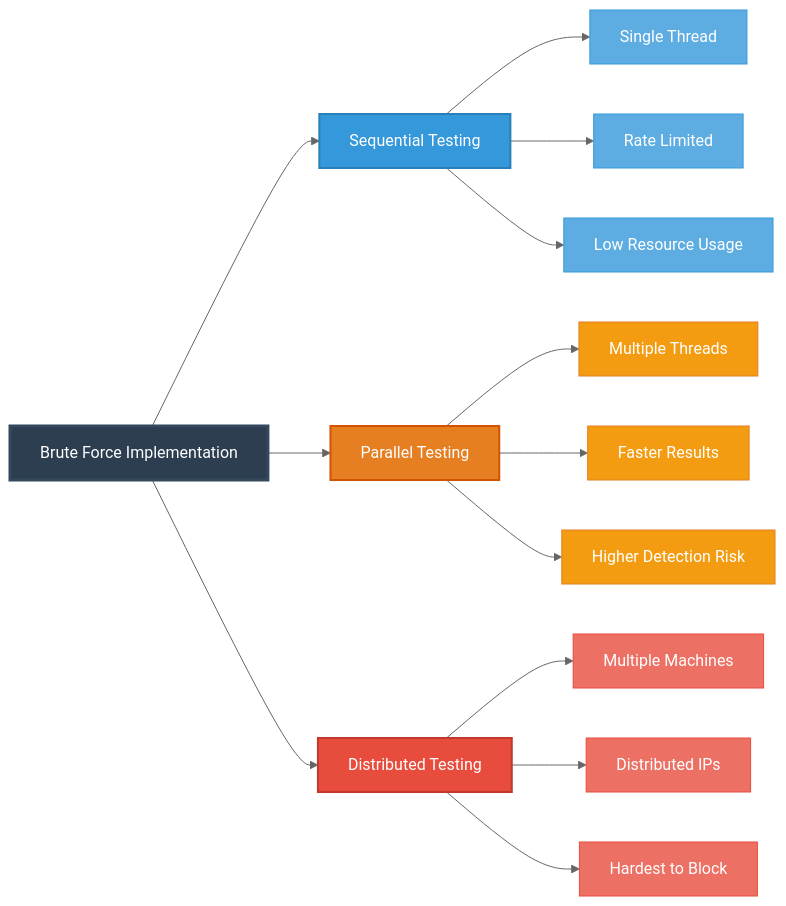
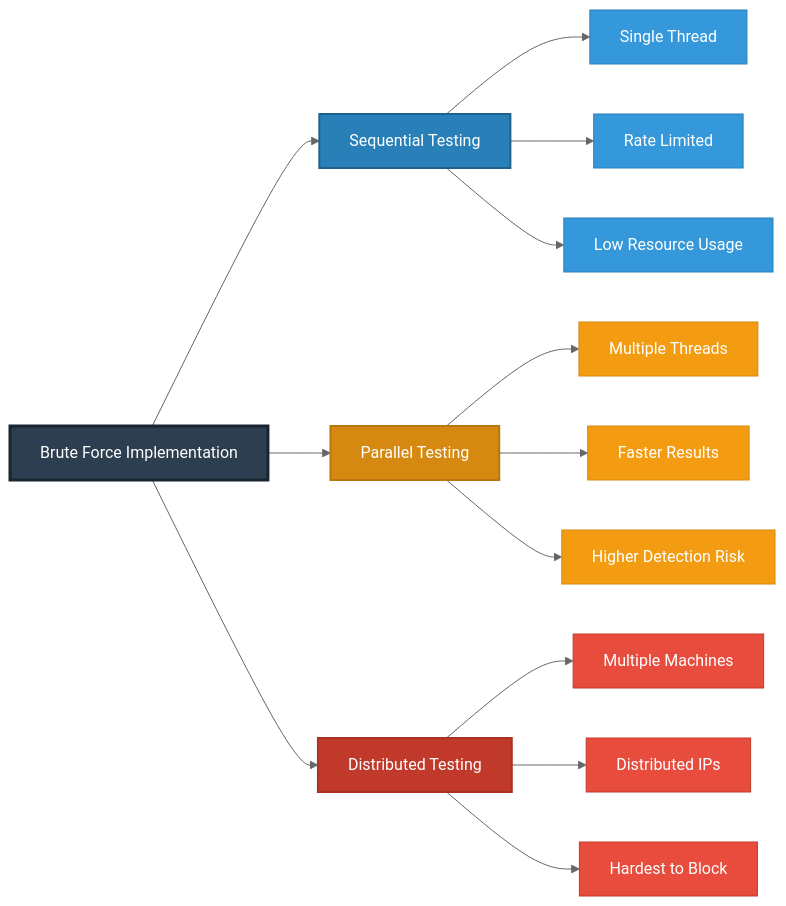
Before and after one commit to Suryanshu-Nabheet/Hack: the third of 5 diagrams in README.md, drawn with Mermaid (neutral theme). The commit also changed other lines of this file, not shown here.

````diff
--- a/README.md
+++ b/README.md
@@ -167,32 +170,32 @@
 ```mermaid
 graph LR
     A[Brute Force Implementation] --> B[Sequential Testing]
     A --> C[Parallel Testing]
     A --> D[Distributed Testing]
     
     B --> B1[Single Thread]
     B --> B2[Rate Limited]
     B --> B3[Low Resource Usage]
     
     C --> C1[Multiple Threads]
     C --> C2[Faster Results]
     C --> C3[Higher Detection Risk]
     
     D --> D1[Multiple Machines]
     D --> D2[Distributed IPs]
     D --> D3[Hardest to Block]
     
-    style A fill:#2c3e50,stroke:#34495e,stroke-width:3px,color:#fff
-    style B fill:#3498db,stroke:#2980b9,stroke-width:2px,color:#fff
-    style C fill:#e67e22,stroke:#d35400,stroke-width:2px,color:#fff
-    style D fill:#e74c3c,stroke:#c0392b,stroke-width:2px,color:#fff
-    style B1 fill:#5dade2,stroke:#3498db,stroke-width:1px,color:#fff
-    style B2 fill:#5dade2,stroke:#3498db,stroke-width:1px,color:#fff
-    style B3 fill:#5dade2,stroke:#3498db,stroke-width:1px,color:#fff
-    style C1 fill:#f39c12,stroke:#e67e22,stroke-width:1px,color:#fff
-    style C2 fill:#f39c12,stroke:#e67e22,stroke-width:1px,color:#fff
-    style C3 fill:#f39c12,stroke:#e67e22,stroke-width:1px,color:#fff
-    style D1 fill:#ec7063,stroke:#e74c3c,stroke-width:1px,color:#fff
-    style D2 fill:#ec7063,stroke:#e74c3c,stroke-width:1px,color:#fff
-    style D3 fill:#ec7063,stroke:#e74c3c,stroke-width:1px,color:#fff
+    style A fill:#2c3e50,stroke:#1a252f,stroke-width:3px,color:#fff
+    style B fill:#2980b9,stroke:#1f618d,stroke-width:2px,color:#fff
+    style C fill:#d68910,stroke:#b9770e,stroke-width:2px,color:#fff
+    style D fill:#c0392b,stroke:#a93226,stroke-width:2px,color:#fff
+    style B1 fill:#3498db,stroke:#2980b9,stroke-width:1px,color:#fff
+    style B2 fill:#3498db,stroke:#2980b9,stroke-width:1px,color:#fff
+    style B3 fill:#3498db,stroke:#2980b9,stroke-width:1px,color:#fff
+    style C1 fill:#f39c12,stroke:#d68910,stroke-width:1px,color:#fff
+    style C2 fill:#f39c12,stroke:#d68910,stroke-width:1px,color:#fff
+    style C3 fill:#f39c12,stroke:#d68910,stroke-width:1px,color:#fff
+    style D1 fill:#e74c3c,stroke:#c0392b,stroke-width:1px,color:#fff
+    style D2 fill:#e74c3c,stroke:#c0392b,stroke-width:1px,color:#fff
+    style D3 fill:#e74c3c,stroke:#c0392b,stroke-width:1px,color:#fff
 ```
````
